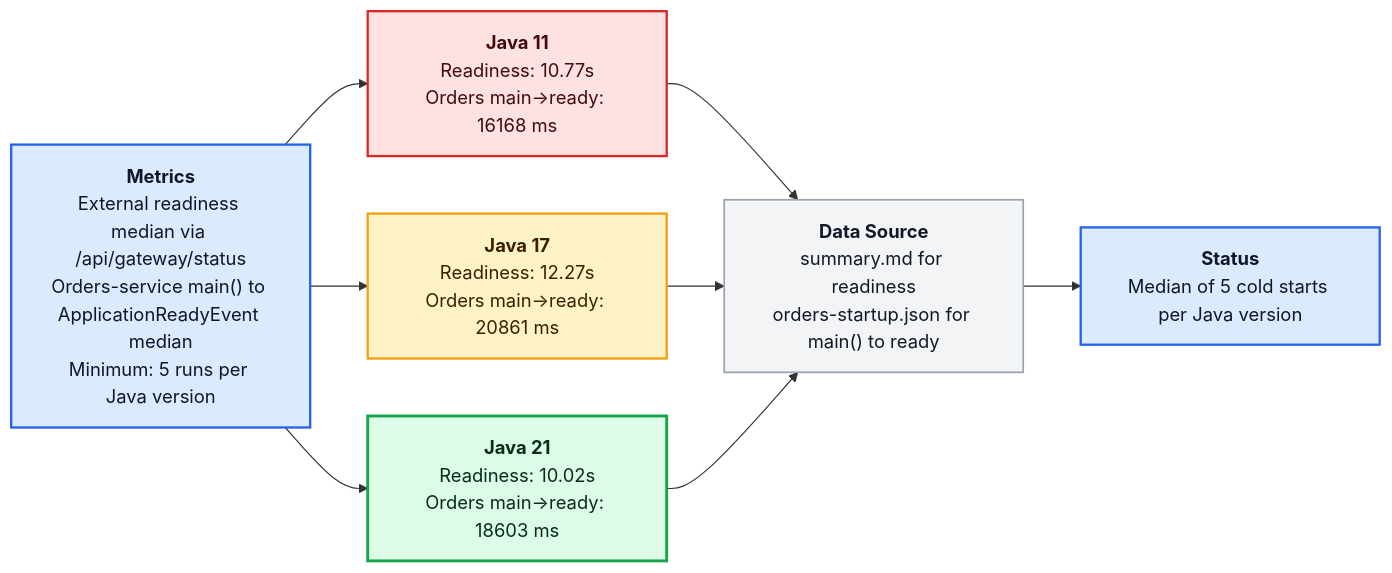
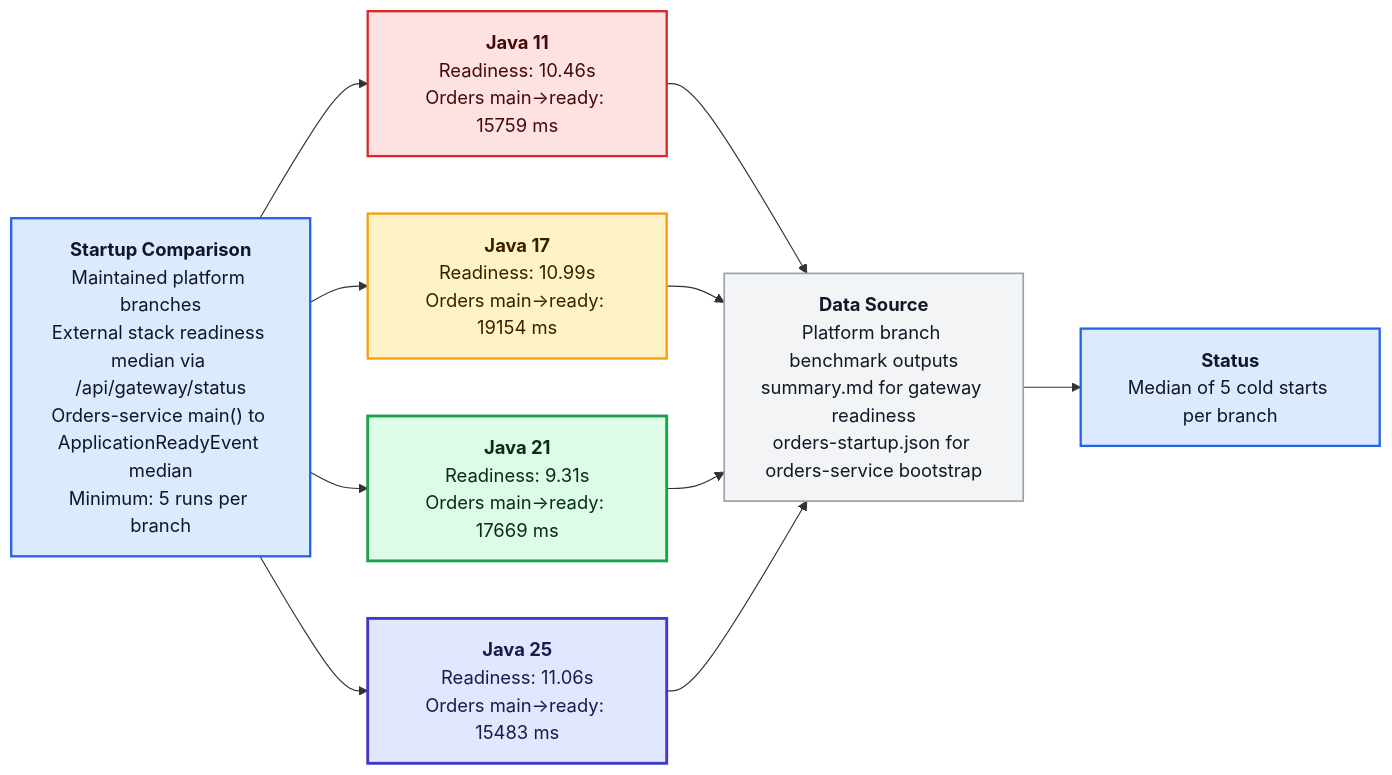
Before and after one commit to SaschaMoellering/acmecorp-platform: the diagram in docs/episodes/episode-07/assets/diagrams/E07-D01-startup-comparison.md, drawn with Mermaid. The commit also changed 237 other files, not shown here.

````diff
--- a/docs/episodes/episode-07/assets/diagrams/E07-D01-startup-comparison.md
+++ b/docs/episodes/episode-07/assets/diagrams/E07-D01-startup-comparison.md
@@ -1,27 +1,31 @@
 ```mermaid
 flowchart LR
 
 %% === AcmeCorp Diagram Style Standard ===
 classDef java11 fill:#FEE2E2,stroke:#DC2626,stroke-width:2px,color:#450A0A;
 classDef java17 fill:#FEF3C7,stroke:#F59E0B,stroke-width:2px,color:#3B1F00;
 classDef java21 fill:#DCFCE7,stroke:#16A34A,stroke-width:2.5px,color:#052E16;
+classDef java25 fill:#E0E7FF,stroke:#4338CA,stroke-width:2.5px,color:#1E1B4B;
 classDef metric fill:#DBEAFE,stroke:#2563EB,stroke-width:2px,color:#0F172A;
 classDef neutral fill:#F3F4F6,stroke:#9CA3AF,stroke-width:1.5px,color:#111827;
 
-Method["<b>Metrics</b><br/>External readiness median via /api/gateway/status<br/>Orders-service main() to ApplicationReadyEvent median<br/>Minimum: 5 runs per Java version"]:::metric
+Method["<b>Startup Comparison</b><br/>Maintained platform branches<br/>External stack readiness median via /api/gateway/status<br/>Orders-service main() to ApplicationReadyEvent median<br/>Minimum: 5 runs per branch"]:::metric
 
-J11["<b>Java 11</b><br/>Readiness: 10.77s<br/>Orders main→ready: 16168 ms"]:::java11
-J17["<b>Java 17</b><br/>Readiness: 12.27s<br/>Orders main→ready: 20861 ms"]:::java17
-J21["<b>Java 21</b><br/>Readiness: 10.02s<br/>Orders main→ready: 18603 ms"]:::java21
+J11["<b>Java 11</b><br/>Readiness: 10.46s<br/>Orders main→ready: 15759 ms"]:::java11
+J17["<b>Java 17</b><br/>Readiness: 10.99s<br/>Orders main→ready: 19154 ms"]:::java17
+J21["<b>Java 21</b><br/>Readiness: 9.31s<br/>Orders main→ready: 17669 ms"]:::java21
+J25["<b>Java 25</b><br/>Readiness: 11.06s<br/>Orders main→ready: 15483 ms"]:::java25
 
-Data["<b>Data Source</b><br/>summary.md for readiness<br/>orders-startup.json for main() to ready"]:::neutral
-Result["<b>Status</b><br/>Median of 5 cold starts per Java version"]:::metric
+Data["<b>Data Source</b><br/>Platform branch benchmark outputs<br/>summary.md for gateway readiness<br/>orders-startup.json for orders-service bootstrap"]:::neutral
+Result["<b>Status</b><br/>Median of 5 cold starts per branch"]:::metric
 
 Method --> J11
 Method --> J17
 Method --> J21
+Method --> J25
 J11 --> Data
 J17 --> Data
 J21 --> Data
+J25 --> Data
 Data --> Result
 ```
````
